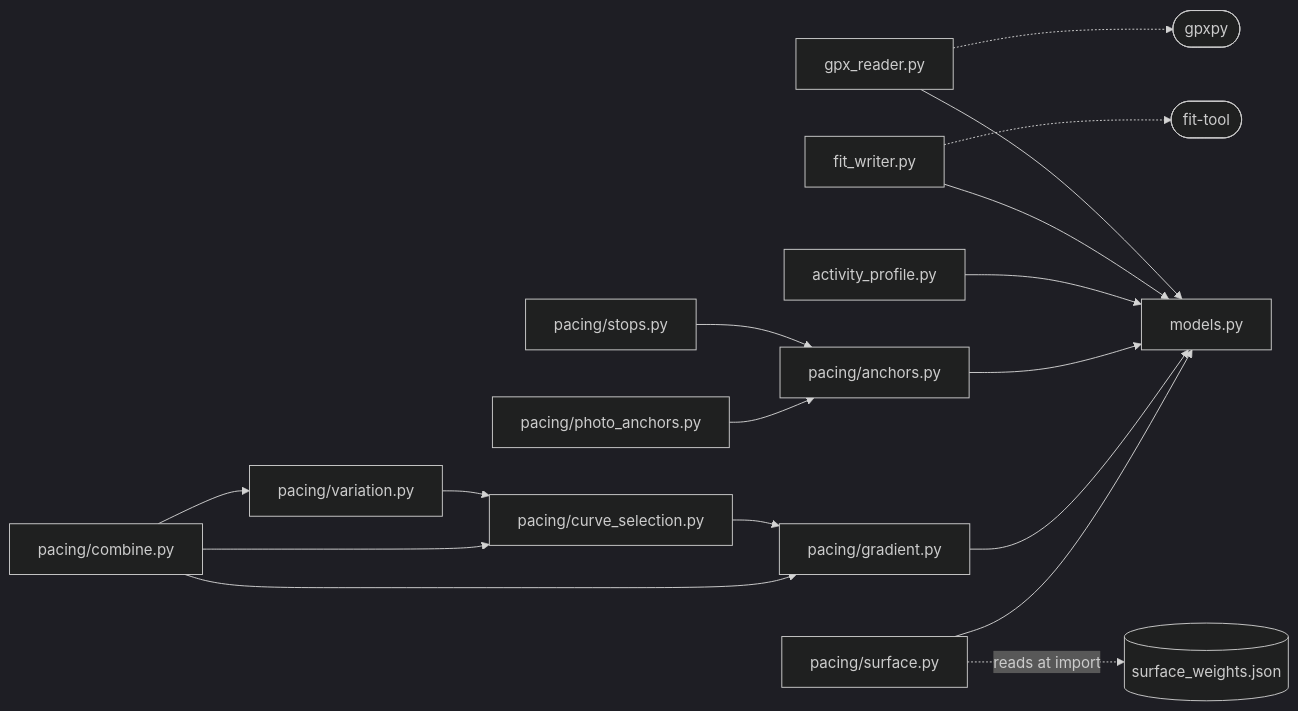
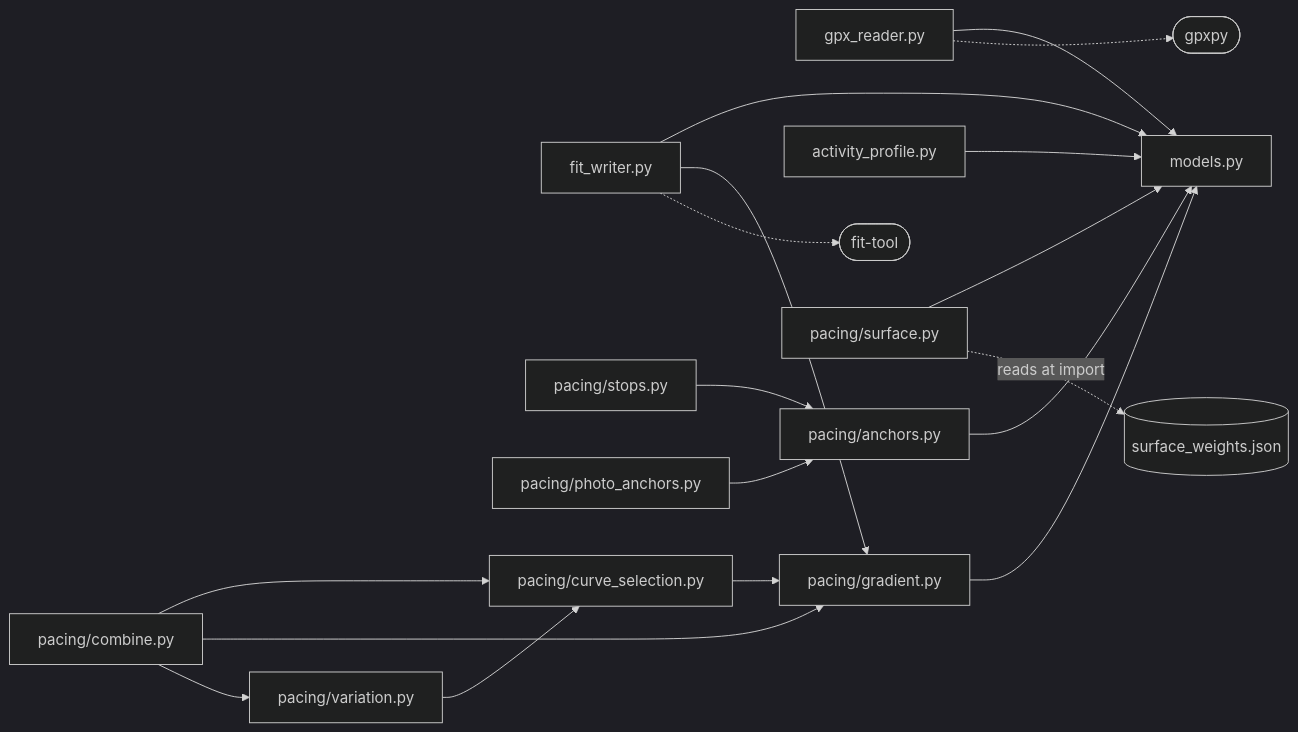
One commit to martin-iflap/GPX_to_FIT changed the third of 15 diagrams in docs/ARCHITECTURE.md. Above: the diagram before and after it, drawn with Mermaid (dark theme). The commit also changed other lines of this file and 24 other files, not shown here.

````diff
--- a/docs/ARCHITECTURE.md
+++ b/docs/ARCHITECTURE.md
@@ -233,20 +240,21 @@
 ```mermaid
 flowchart LR
   models["models.py"]
   gpx["gpx_reader.py"] --> models
   fitw["fit_writer.py"] --> models
+  fitw --> gradient
   prof["activity_profile.py"] --> models
   anchors["pacing/anchors.py"] --> models
   stops["pacing/stops.py"] --> anchors
   photo["pacing/photo_anchors.py"] --> anchors
   gradient["pacing/gradient.py"] --> models
   cs["pacing/curve_selection.py"] --> gradient
   surface["pacing/surface.py"] --> models
   surface -. "reads at import" .-> sw[("surface_weights.json")]
   variation["pacing/variation.py"] --> cs
   combine["pacing/combine.py"] --> cs
   combine --> gradient
   combine --> variation
   gpx -.-> gpxpy(["gpxpy"])
   fitw -.-> fittool(["fit-tool"])
 ```
````
